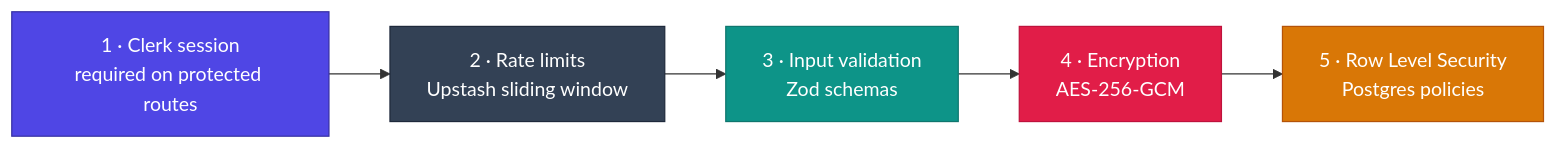
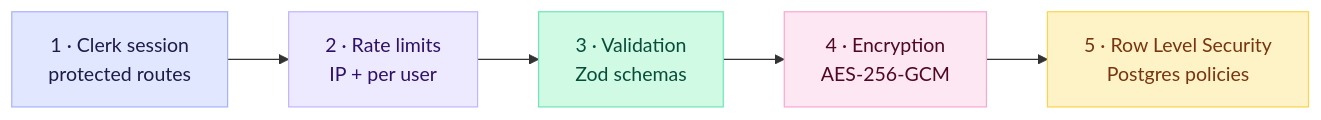
The fifth of 5 diagrams in README.md (sowaxer/quivo-app), drawn with Mermaid before and after one commit. The commit also changed other lines of this file, not shown here.

Commit message:
README: plain-English intro, pastel diagrams, code highlights section

````diff
--- a/README.md
+++ b/README.md
@@ -209,17 +211,17 @@
 ```mermaid
 flowchart LR
-    A["1 · Clerk session<br/>required on protected routes"] --> B["2 · Rate limits<br/>Upstash sliding window"]
-    B --> C["3 · Input validation<br/>Zod schemas"]
+    A["1 · Clerk session<br/>protected routes"] --> B["2 · Rate limits<br/>IP + per user"]
+    B --> C["3 · Validation<br/>Zod schemas"]
     C --> D["4 · Encryption<br/>AES-256-GCM"]
     D --> E["5 · Row Level Security<br/>Postgres policies"]
-    classDef indigo fill:#4F46E5,stroke:#3730A3,color:#fff
-    classDef teal fill:#0D9488,stroke:#0F766E,color:#fff
-    classDef amber fill:#D97706,stroke:#B45309,color:#fff
-    classDef rose fill:#E11D48,stroke:#BE123C,color:#fff
-    classDef slate fill:#334155,stroke:#1E293B,color:#fff
-    class A indigo
-    class B slate
-    class C teal
-    class D rose
-    class E amber
+    classDef p1 fill:#E0E7FF,stroke:#A5B4FC,color:#1E1B4B
+    classDef p2 fill:#FCE7F3,stroke:#F9A8D4,color:#500724
+    classDef p3 fill:#D1FAE5,stroke:#6EE7B7,color:#064E3B
+    classDef p4 fill:#FEF3C7,stroke:#FCD34D,color:#78350F
+    classDef p5 fill:#EDE9FE,stroke:#C4B5FD,color:#2E1065
+    class A p1
+    class B p5
+    class C p3
+    class D p2
+    class E p4
 ```
````
